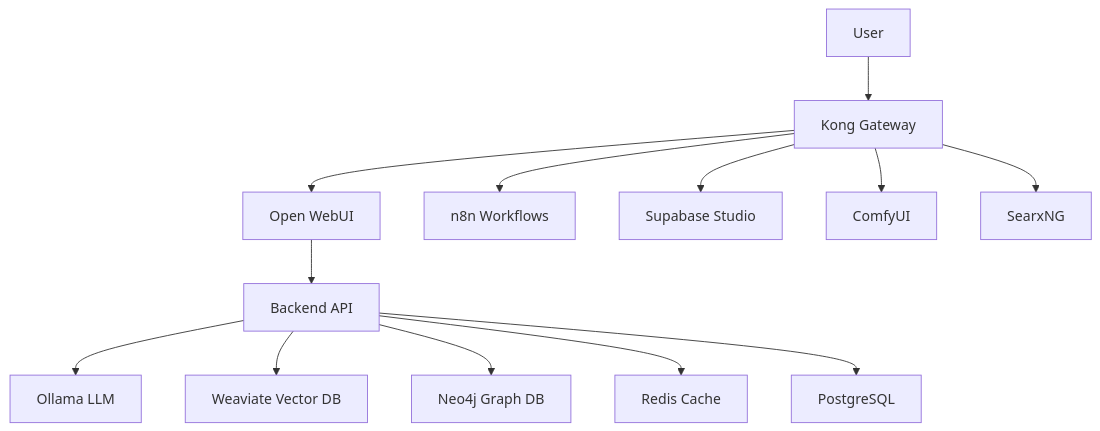
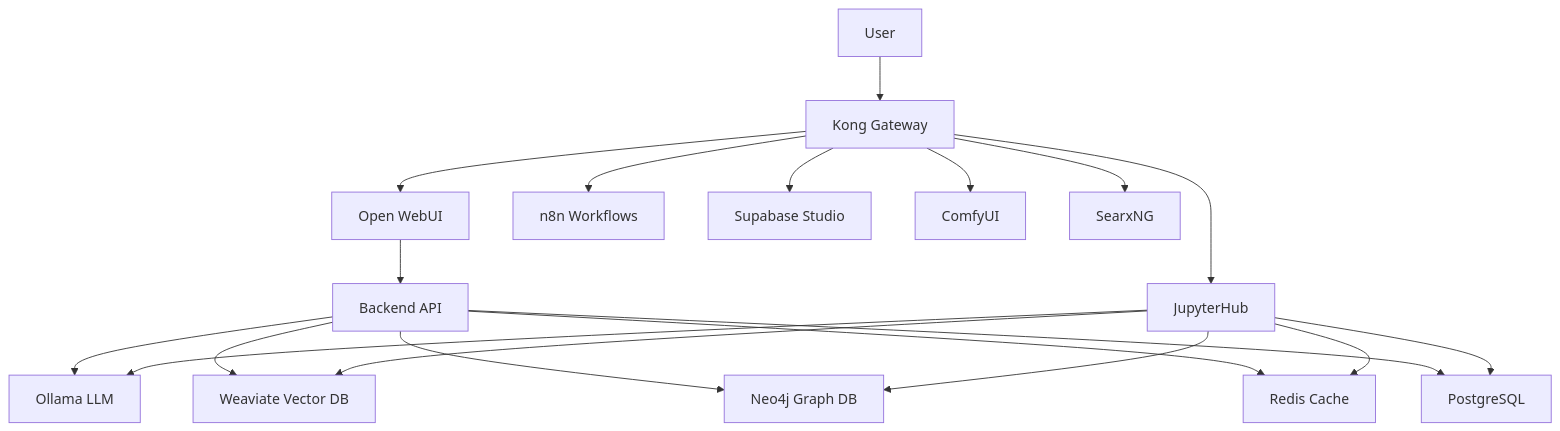
One commit to thekaveh/genai-vanilla changed the diagram in README.md. Above: the diagram before and after it, drawn with Mermaid. The commit also changed other lines of this file and 27 other files, not shown here.

````diff
--- a/README.md
+++ b/README.md
@@ -92,16 +93,23 @@
 ```mermaid
 graph TB
     User[User] --> Kong[Kong Gateway]
     Kong --> OpenWebUI[Open WebUI]
     Kong --> N8N[n8n Workflows]
     Kong --> Supabase[Supabase Studio]
     Kong --> ComfyUI[ComfyUI]
     Kong --> SearxNG[SearxNG]
-    
+    Kong --> JupyterHub[JupyterHub]
+
     OpenWebUI --> Backend[Backend API]
     Backend --> Ollama[Ollama LLM]
     Backend --> Weaviate[Weaviate Vector DB]
     Backend --> Neo4j[Neo4j Graph DB]
     Backend --> Redis[Redis Cache]
     Backend --> PostgreSQL[PostgreSQL]
+
+    JupyterHub --> Ollama
+    JupyterHub --> Weaviate
+    JupyterHub --> Neo4j
+    JupyterHub --> PostgreSQL
+    JupyterHub --> Redis
 ```
````
